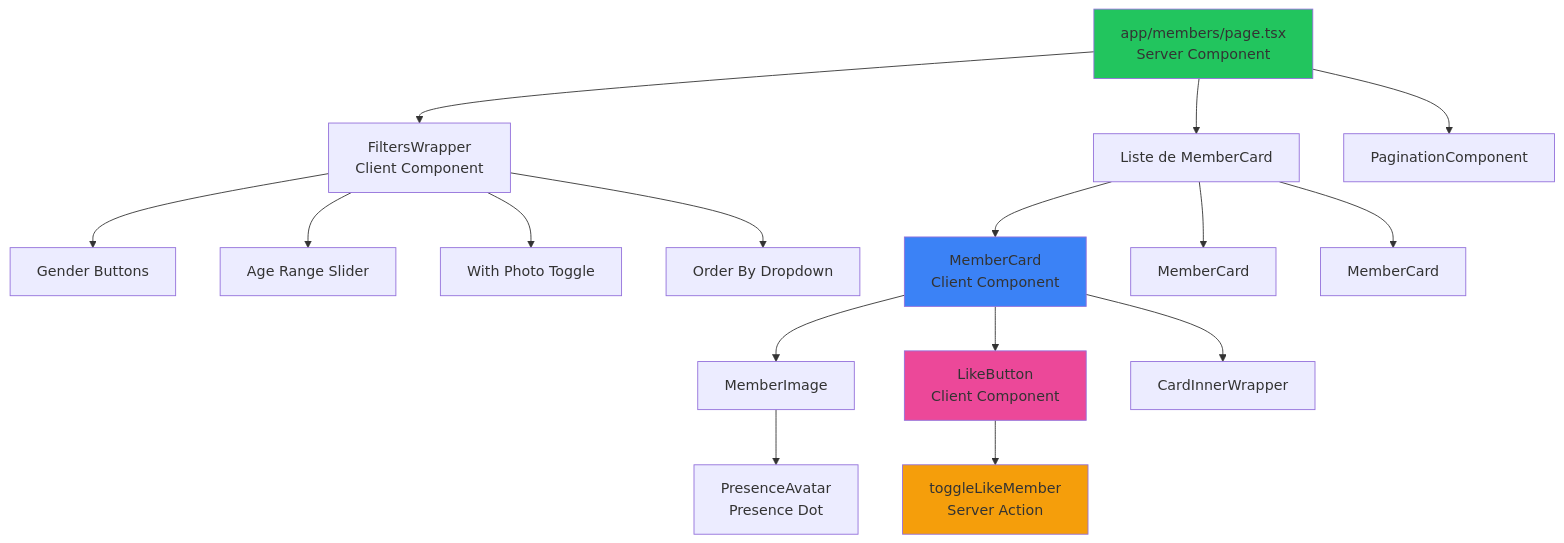
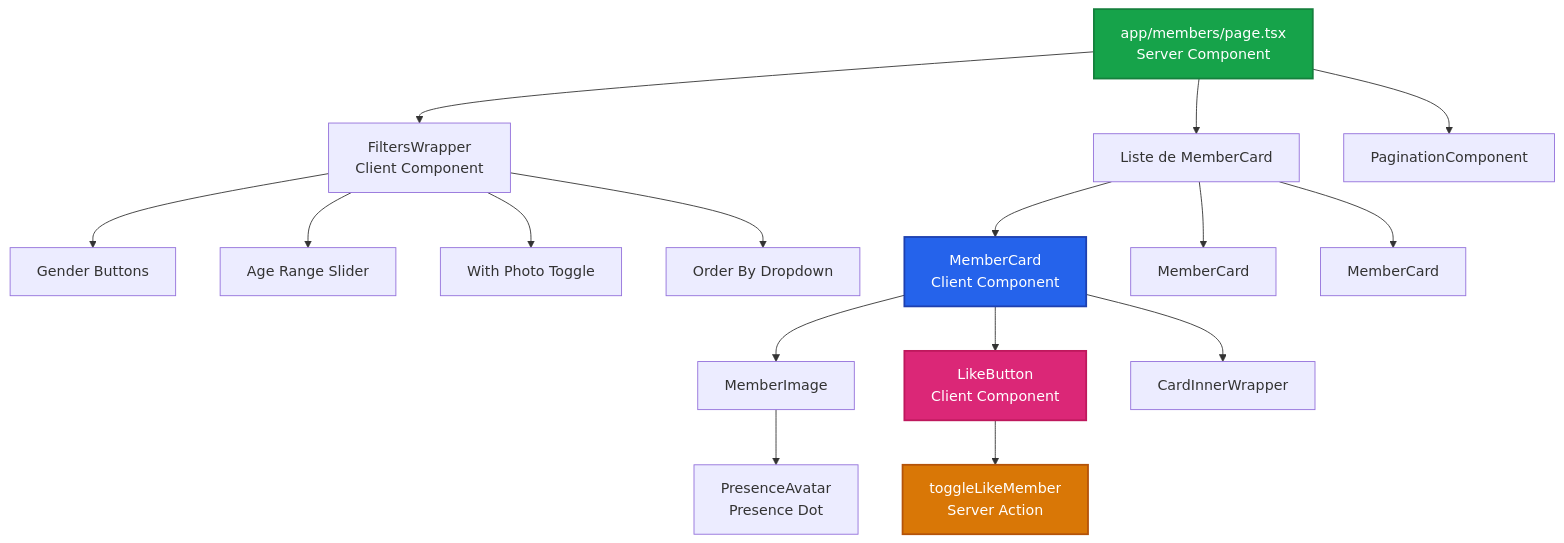
Diagram 14 of 32 in documentation/16-diagrammes-architecture.md (inskillflow/next-auth-demo-2-match), drawn with Mermaid before and after one commit. The commit also changed other lines of this file, not shown here.

````diff
--- a/documentation/16-diagrammes-architecture.md
+++ b/documentation/16-diagrammes-architecture.md
@@ -569,27 +569,27 @@
 ```mermaid
 graph TD
     Page[app/members/page.tsx<br/>Server Component] --> Filters[FiltersWrapper<br/>Client Component]
     Page --> MemberCards[Liste de MemberCard]
     Page --> Pagination[PaginationComponent]
     
     Filters --> FilterButtons[Gender Buttons]
     Filters --> AgeSlider[Age Range Slider]
     Filters --> PhotoToggle[With Photo Toggle]
     Filters --> OrderBy[Order By Dropdown]
     
     MemberCards --> Card1[MemberCard<br/>Client Component]
     MemberCards --> Card2[MemberCard]
     MemberCards --> Card3[MemberCard]
     
     Card1 --> CardImage[MemberImage]
     Card1 --> LikeBtn[LikeButton<br/>Client Component]
     Card1 --> CardInfo[CardInnerWrapper]
     
     CardImage --> PresenceAvatar[PresenceAvatar<br/>Presence Dot]
     LikeBtn --> ServerAction[toggleLikeMember<br/>Server Action]
     
-    style Page fill:#22c55e
-    style Card1 fill:#3b82f6
-    style LikeBtn fill:#ec4899
-    style ServerAction fill:#f59e0b
+    style Page fill:#16a34a,stroke:#15803d,stroke-width:2px,color:#fff
+    style Card1 fill:#2563eb,stroke:#1e40af,stroke-width:2px,color:#fff
+    style LikeBtn fill:#db2777,stroke:#be185d,stroke-width:2px,color:#fff
+    style ServerAction fill:#d97706,stroke:#b45309,stroke-width:2px,color:#fff
 ```
````
